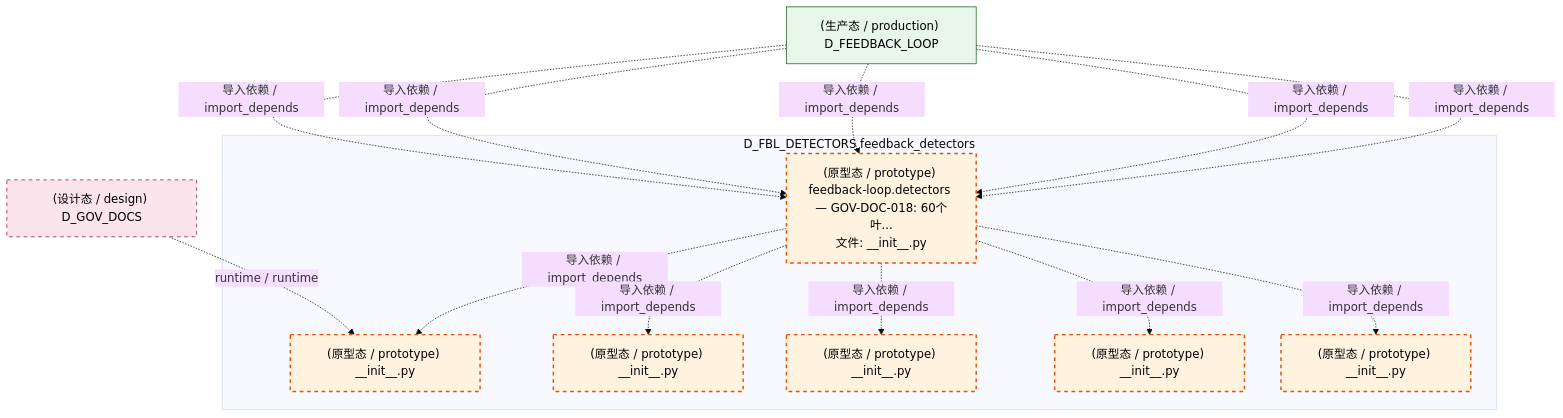
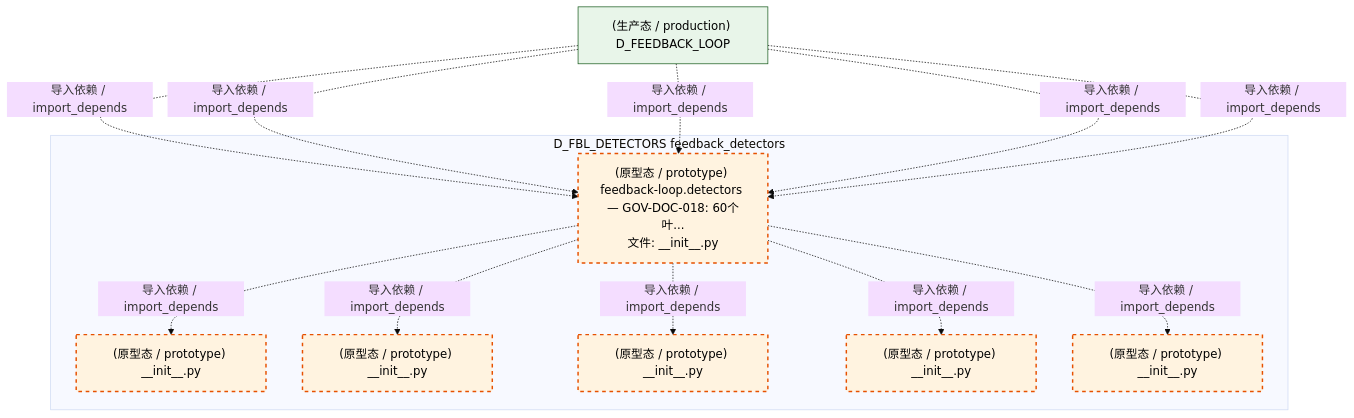
The fifth of 6 diagrams in docs/02_enterprise_architecture/02_domain_architecture_docs/11_d_fbl_detectors.md (xuanFelixVan/ZephyrAlpha), drawn with Mermaid (base theme) before and after one commit. The commit also changed other lines of this file and 102 other files, not shown here.

````diff
--- a/docs/02_enterprise_architecture/02_domain_architecture_docs/11_d_fbl_detectors.md
+++ b/docs/02_enterprise_architecture/02_domain_architecture_docs/11_d_fbl_detectors.md
@@ -339,31 +336,28 @@
 ```mermaid
 graph TD
     subgraph D_FBL_DETECTORS["D_FBL_DETECTORS feedback_detectors"]
         src_zephyr_feedback_loop_detectors_init_py["(原型态 / prototype) feedback-loop.detectors — GOV-DOC-018: 60个叶...<br/>文件: __init__.py"]
         src_zephyr_feedback_loop_detectors_anomaly_init_py["(原型态 / prototype) __init__.py"]
         src_zephyr_feedback_loop_detectors_correlation_init_py["(原型态 / prototype) __init__.py"]
         src_zephyr_feedback_loop_detectors_drift_init_py["(原型态 / prototype) __init__.py"]
         src_zephyr_feedback_loop_detectors_guard_init_py["(原型态 / prototype) __init__.py"]
         src_zephyr_feedback_loop_detectors_reliability_init_py["(原型态 / prototype) __init__.py"]
     end
     src_zephyr_feedback_loop_detectors_init_py -.->|导入依赖 / import_depends| src_zephyr_feedback_loop_detectors_anomaly_init_py
+    src_zephyr_feedback_loop_detectors_init_py -.->|导入依赖 / import_depends| src_zephyr_feedback_loop_detectors_correlation_init_py
+    src_zephyr_feedback_loop_detectors_init_py -.->|导入依赖 / import_depends| src_zephyr_feedback_loop_detectors_drift_init_py
     src_zephyr_feedback_loop_detectors_init_py -.->|导入依赖 / import_depends| src_zephyr_feedback_loop_detectors_guard_init_py
-    src_zephyr_feedback_loop_detectors_init_py -.->|导入依赖 / import_depends| src_zephyr_feedback_loop_detectors_drift_init_py
-    src_zephyr_feedback_loop_detectors_init_py -.->|导入依赖 / import_depends| src_zephyr_feedback_loop_detectors_correlation_init_py
     src_zephyr_feedback_loop_detectors_init_py -.->|导入依赖 / import_depends| src_zephyr_feedback_loop_detectors_reliability_init_py
-    D_GOV_DOCS["(设计态 / design) D_GOV_DOCS"]
-    D_GOV_DOCS -.->|runtime / runtime| src_zephyr_feedback_loop_detectors_anomaly_init_py
     D_FEEDBACK_LOOP["(生产态 / production) D_FEEDBACK_LOOP"]
     D_FEEDBACK_LOOP -.->|导入依赖 / import_depends| src_zephyr_feedback_loop_detectors_init_py
     D_FEEDBACK_LOOP -.->|导入依赖 / import_depends| src_zephyr_feedback_loop_detectors_init_py
     D_FEEDBACK_LOOP -.->|导入依赖 / import_depends| src_zephyr_feedback_loop_detectors_init_py
     D_FEEDBACK_LOOP -.->|导入依赖 / import_depends| src_zephyr_feedback_loop_detectors_init_py
     D_FEEDBACK_LOOP -.->|导入依赖 / import_depends| src_zephyr_feedback_loop_detectors_init_py
     classDef production fill:#e1f5fe,stroke:#01579b,stroke-width:2px,color:#000
     classDef design fill:#fff3e0,stroke:#e65100,stroke-width:2px,color:#000,stroke-dasharray: 5 5
     classDef external_prod fill:#e8f5e9,stroke:#1b5e20,stroke-width:1px,color:#000
     classDef external_design fill:#fce4ec,stroke:#880e4f,stroke-width:1px,color:#000,stroke-dasharray: 5 5
     class src_zephyr_feedback_loop_detectors_init_py,src_zephyr_feedback_loop_detectors_anomaly_init_py,src_zephyr_feedback_loop_detectors_correlation_init_py,src_zephyr_feedback_loop_detectors_drift_init_py,src_zephyr_feedback_loop_detectors_guard_init_py,src_zephyr_feedback_loop_detectors_reliability_init_py design
     class D_FEEDBACK_LOOP external_prod
-    class D_GOV_DOCS external_design
 ```
````
